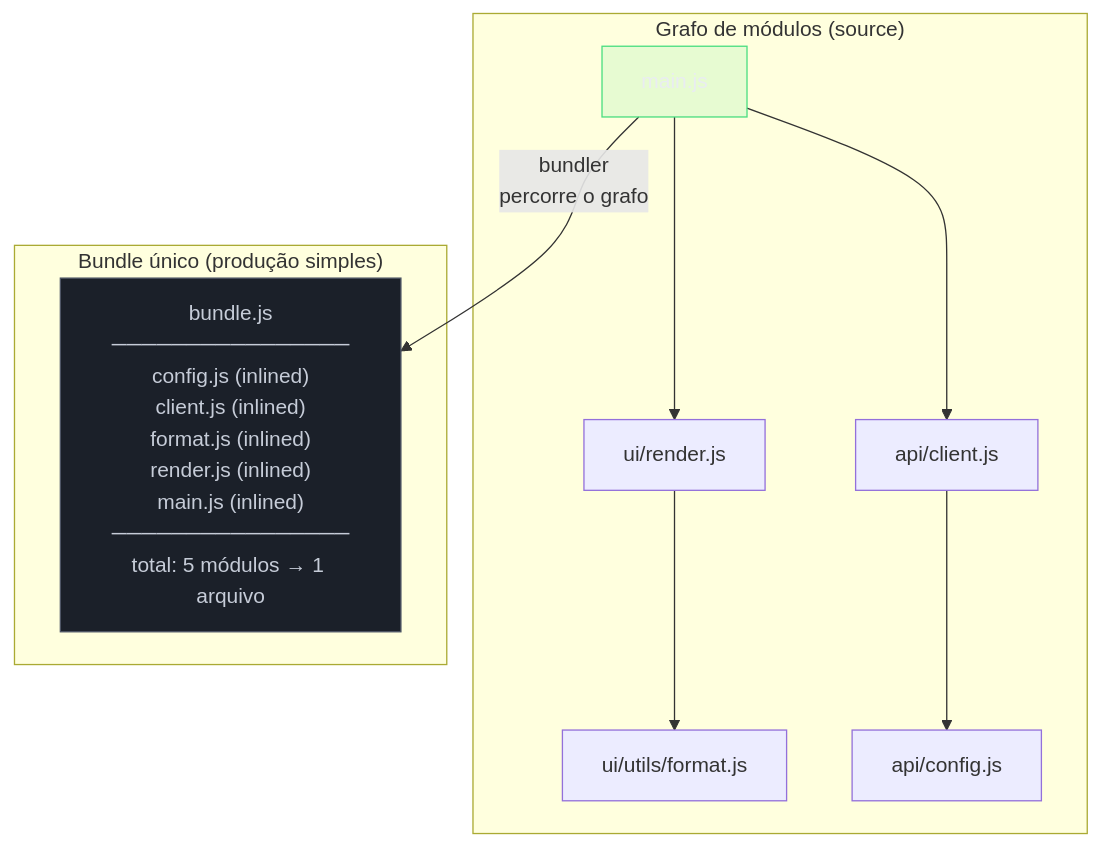
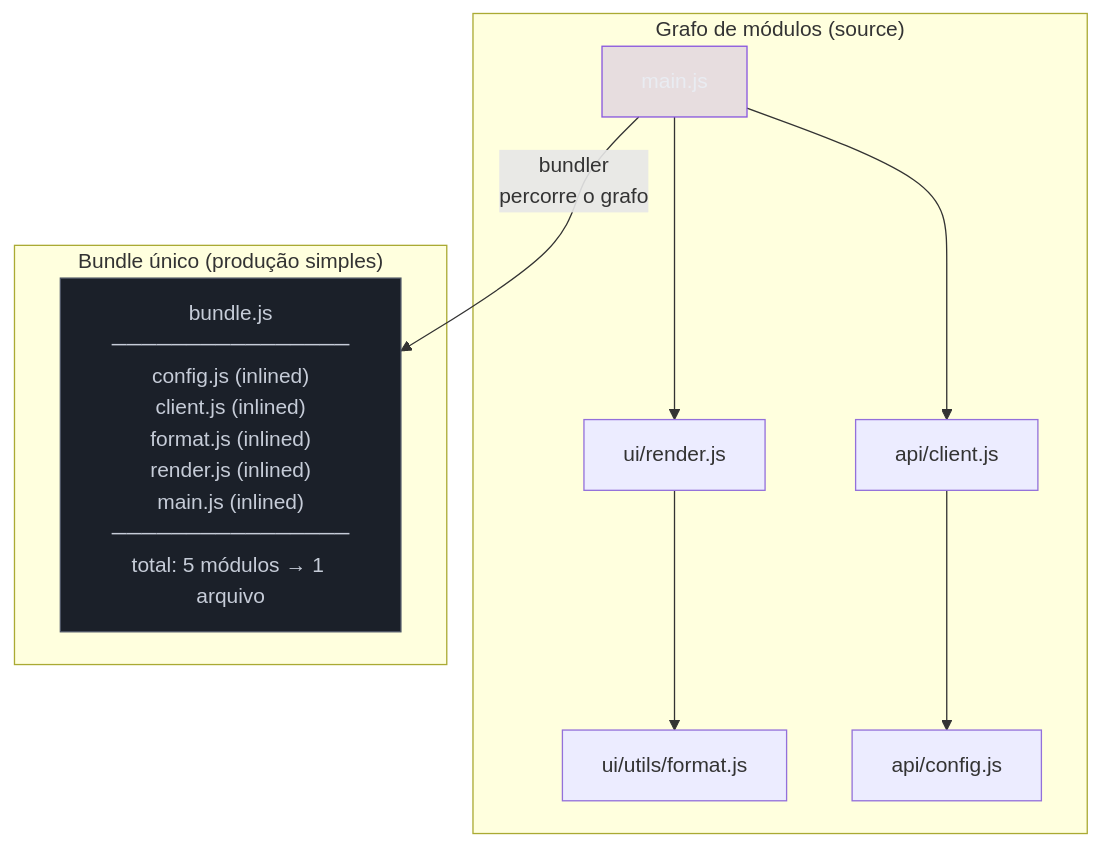
One commit to josenaldo/codex-technomanticus changed the sixth of 10 diagrams in 03-Dominios/Tecnologia/Tooling e Build/07 - O grafo de módulos e o que é bundling.md. Above: the diagram before and after it, drawn with Mermaid. The commit also changed other lines of this file and 601 other files, not shown here.

````diff
--- a/03-Dominios/Tecnologia/Tooling e Build/07 - O grafo de módulos e o que é bundling.md
+++ b/03-Dominios/Tecnologia/Tooling e Build/07 - O grafo de módulos e o que é bundling.md
@@ -536,26 +537,26 @@
 ```mermaid
 flowchart TD
-    classDef ok fill:#4ADE8021,stroke:#4ADE80,color:#E9ECF2
+    classDef marca fill:#8855DF33,stroke:#8855DF,color:#E9ECF2
     classDef neutro fill:#1B2029,stroke:#4E5666,color:#C6CCD8
     subgraph "Grafo de módulos (source)"
         MAIN["main.js"]
         RENDER["ui/render.js"]
         CLIENT["api/client.js"]
         FORMAT["ui/utils/format.js"]
         CONFIG["api/config.js"]
 
         MAIN --> RENDER
         MAIN --> CLIENT
         RENDER --> FORMAT
         CLIENT --> CONFIG
     end
 
     subgraph "Bundle único (produção simples)"
         BUNDLE["bundle.js\n────────────────\nconfig.js (inlined)\nclient.js (inlined)\nformat.js (inlined)\nrender.js (inlined)\nmain.js (inlined)\n────────────────\ntotal: 5 módulos → 1 arquivo"]
     end
 
     MAIN -->|"bundler\npercorre o grafo"| BUNDLE
 
-    class MAIN ok
+    class MAIN marca
     class BUNDLE neutro
 ```
````
